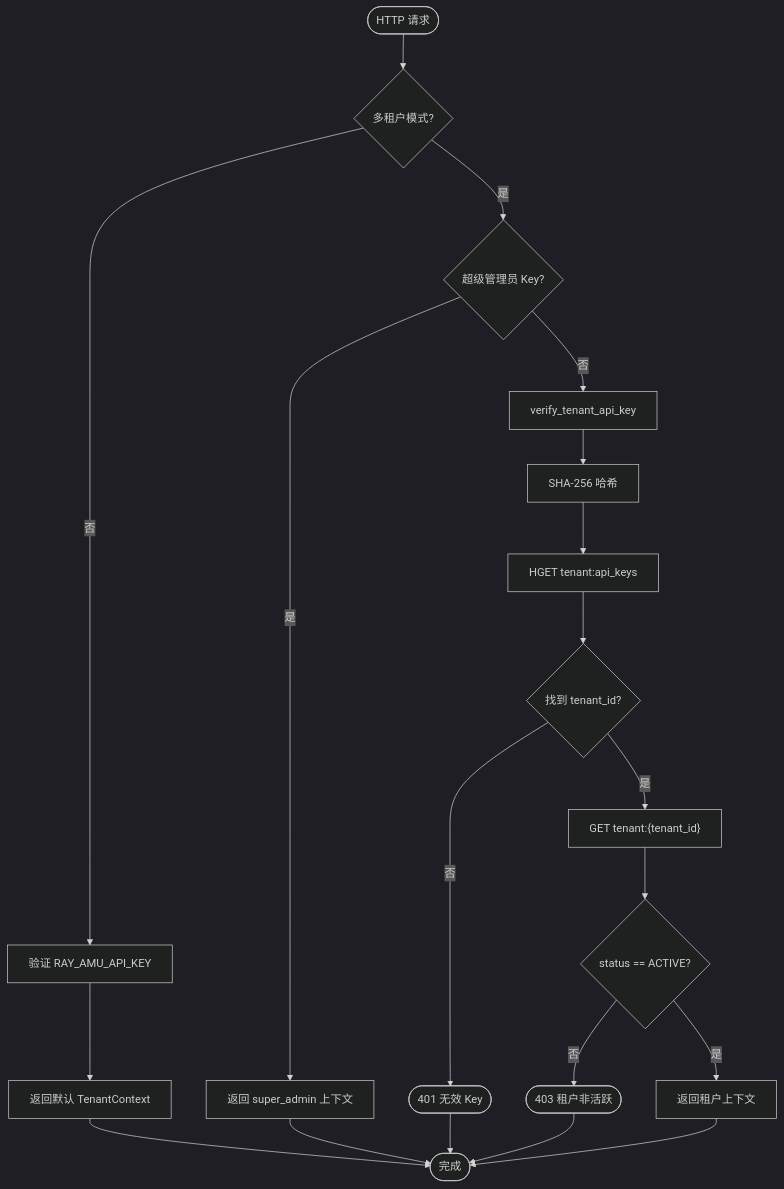
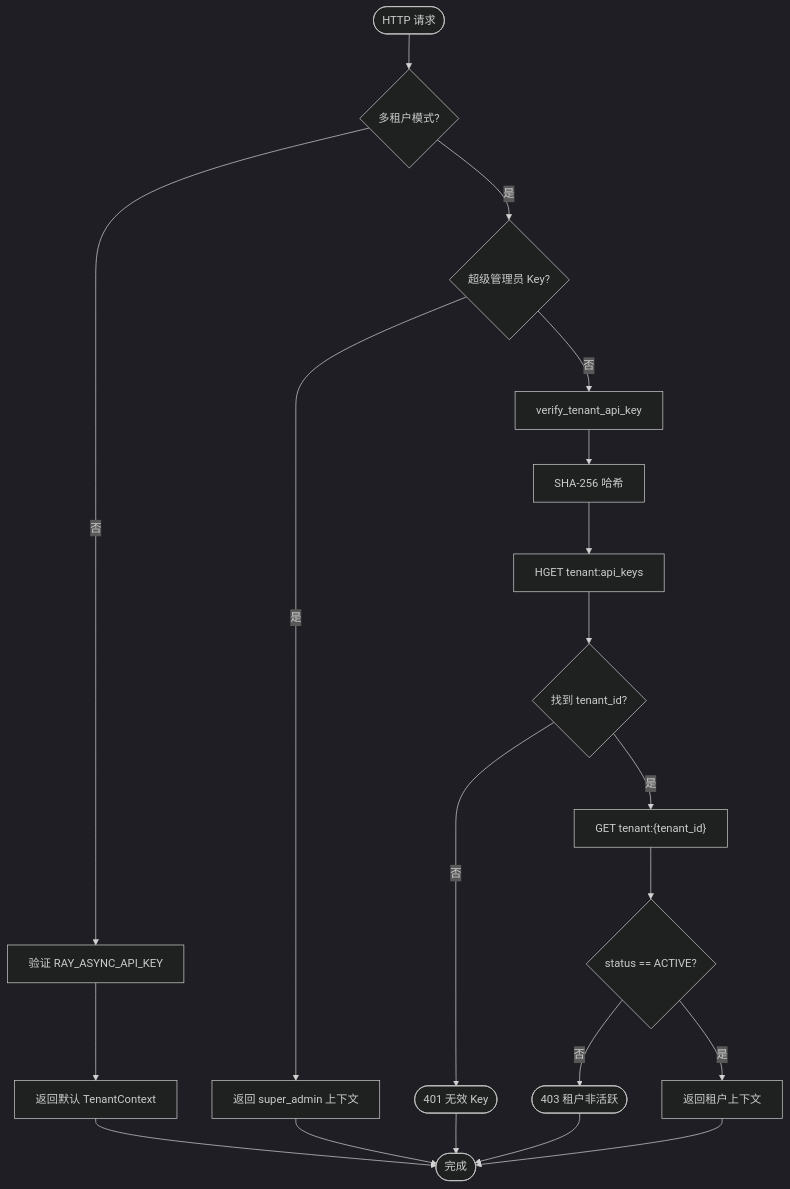
One commit to zhbxlm/async-scheduler-framework changed diagram 13 of 16 in docs/deepwiki-reference/配额与多租户.md. Above: the diagram before and after it, drawn with Mermaid (dark theme). The commit also changed other lines of this file and 10 other files, not shown here.

First line of the commit message:
refactor: rename ray-amu → ray-async in docs/deepwiki-reference/

````diff
--- a/docs/deepwiki-reference/配额与多租户.md
+++ b/docs/deepwiki-reference/配额与多租户.md
@@ -421,23 +421,23 @@
 ```mermaid
 flowchart TD
     start([HTTP 请求]) --> check_mode{"多租户模式?"}
-    check_mode -->|否| single["验证 RAY_AMU_API_KEY"]
+    check_mode -->|否| single["验证 RAY_ASYNC_API_KEY"]
     single --> default_ctx["返回默认 TenantContext"]
     check_mode -->|是| check_admin{"超级管理员 Key?"}
     check_admin -->|是| admin_ctx["返回 super_admin 上下文"]
     check_admin -->|否| verify["verify_tenant_api_key"]
     verify --> hash_key["SHA-256 哈希"]
     hash_key --> lookup_key["HGET tenant:api_keys"]
     lookup_key --> found_key{"找到 tenant_id?"}
     found_key -->|否| error401([401 无效 Key])
     found_key -->|是| load_tenant["GET tenant:{tenant_id}"]
     load_tenant --> check_status{"status == ACTIVE?"}
     check_status -->|否| error403([403 租户非活跃])
     check_status -->|是| tenant_ctx["返回租户上下文"]
     
     default_ctx --> finish([完成])
     admin_ctx --> finish
     tenant_ctx --> finish
     error401 --> finish
     error403 --> finish
 ```
````
